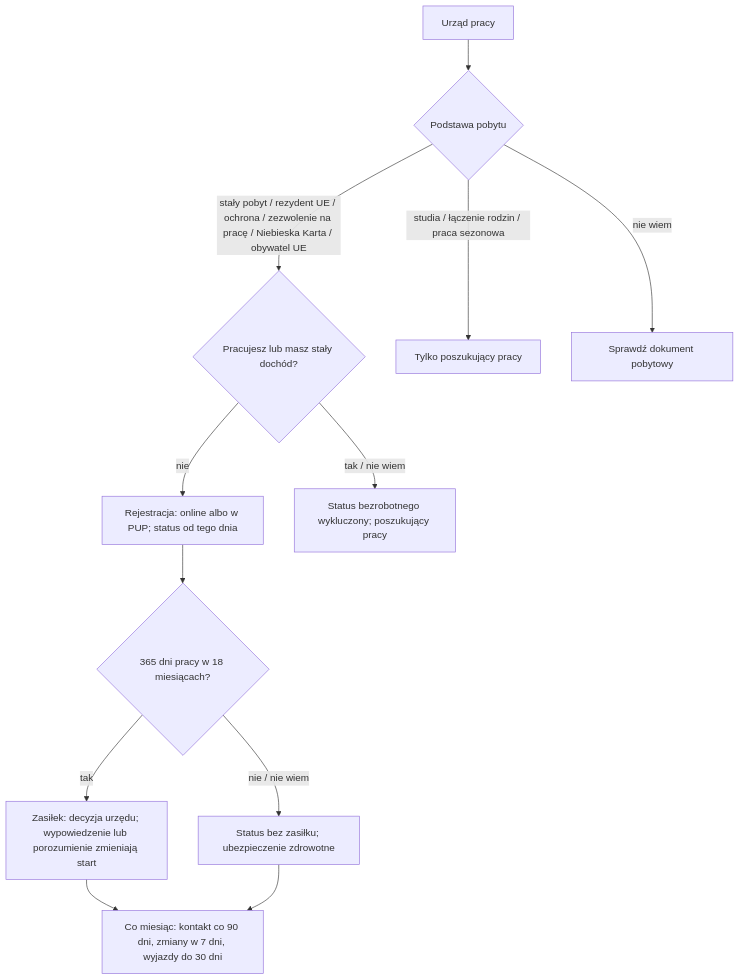
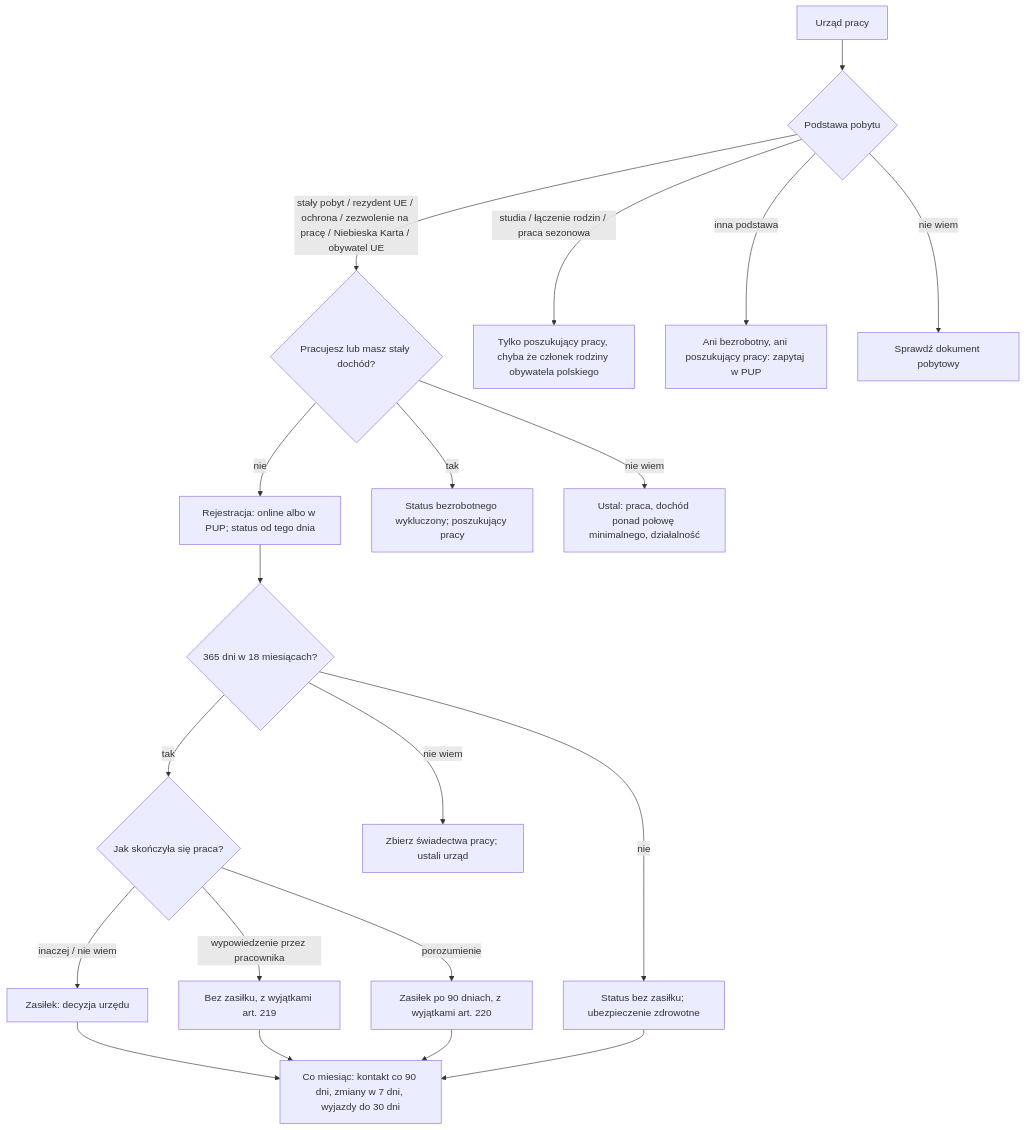
Before and after one commit to wrzalkosowskilukaszz/formalka-next: the diagram in docs/formalka-next/maps/unemployment.md, drawn with Mermaid. The commit also changed other lines of this file and 16 other files, not shown here.

````diff
--- a/docs/formalka-next/maps/unemployment.md
+++ b/docs/formalka-next/maps/unemployment.md
@@ -120,14 +124,22 @@
 ```mermaid
 flowchart TD
   A[Urząd pracy] --> B{Podstawa pobytu}
   B -- stały pobyt / rezydent UE / ochrona / zezwolenie na pracę / Niebieska Karta / obywatel UE --> C{Pracujesz lub masz stały dochód?}
-  B -- studia / łączenie rodzin / praca sezonowa --> J[Tylko poszukujący pracy]
+  B -- studia / łączenie rodzin / praca sezonowa --> J[Tylko poszukujący pracy, chyba że członek rodziny obywatela polskiego]
+  B -- inna podstawa --> O[Ani bezrobotny, ani poszukujący pracy: zapytaj w PUP]
   B -- nie wiem --> Q[Sprawdź dokument pobytowy]
   C -- nie --> R[Rejestracja: online albo w PUP; status od tego dnia]
-  C -- tak / nie wiem --> X[Status bezrobotnego wykluczony; poszukujący pracy]
-  R --> Z{365 dni pracy w 18 miesiącach?}
-  Z -- tak --> S[Zasiłek: decyzja urzędu; wypowiedzenie lub porozumienie zmieniają start]
-  Z -- nie / nie wiem --> N[Status bez zasiłku; ubezpieczenie zdrowotne]
+  C -- tak --> X[Status bezrobotnego wykluczony; poszukujący pracy]
+  C -- nie wiem --> W[Ustal: praca, dochód ponad połowę minimalnego, działalność]
+  R --> Z{365 dni w 18 miesiącach?}
+  Z -- tak --> E{Jak skończyła się praca?}
+  E -- wypowiedzenie przez pracownika --> S0[Bez zasiłku, z wyjątkami art. 219]
+  E -- porozumienie --> S90[Zasiłek po 90 dniach, z wyjątkami art. 220]
+  E -- inaczej / nie wiem --> S[Zasiłek: decyzja urzędu]
+  Z -- nie --> N[Status bez zasiłku; ubezpieczenie zdrowotne]
+  Z -- nie wiem --> D[Zbierz świadectwa pracy; ustali urząd]
   S --> M[Co miesiąc: kontakt co 90 dni, zmiany w 7 dni, wyjazdy do 30 dni]
+  S0 --> M
+  S90 --> M
   N --> M
 ```
````
